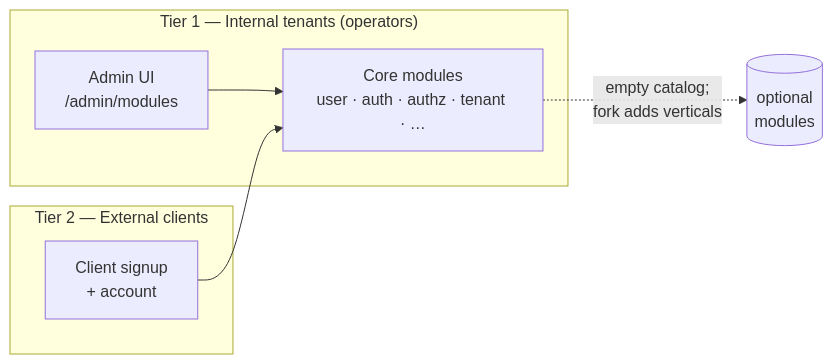
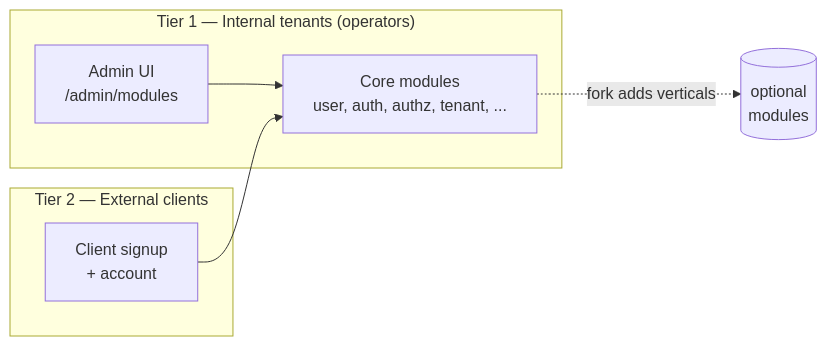
Before and after one commit to orkestra-cc/orkestra: the diagram in docs/site/architecture/index.mdx, drawn with Mermaid. The commit also changed 19 other files, not shown here.

````diff
--- a/docs/site/architecture/index.mdx
+++ b/docs/site/architecture/index.mdx
@@ -14,13 +14,13 @@
 ```mermaid
 flowchart LR
   subgraph Tier1["Tier 1 — Internal tenants (operators)"]
-    Admin[Admin UI<br/>/admin/modules]
-    Core[Core modules<br/>user · auth · authz · tenant · …]
+    Admin["Admin UI<br/>/admin/modules"]
+    Core["Core modules<br/>user, auth, authz, tenant, ..."]
   end
   subgraph Tier2["Tier 2 — External clients"]
-    Client[Client signup<br/>+ account]
+    Client["Client signup<br/>+ account"]
   end
   Admin --> Core
   Client --> Core
-  Core -.empty catalog;<br/>fork adds verticals.-> Addons[(optional<br/>modules)]
+  Core -. "fork adds verticals" .-> Addons[("optional<br/>modules")]
 ```
````
